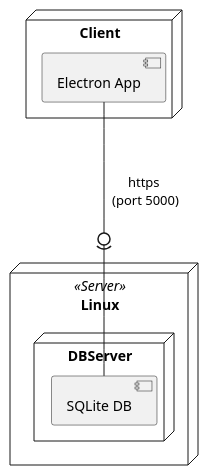
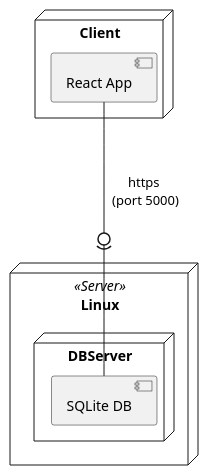
One commit to MainKarl/Rooftop changed the diagram in Docs/Analyse_Sanguine/2_Solution/Deploiement.md. Above: the diagram before and after it, drawn with PlantUML. The commit also changed 2 other files, not shown here.

Commit message:
Correction de diagramme

````diff
--- a/Docs/Analyse_Sanguine/2_Solution/Deploiement.md
+++ b/Docs/Analyse_Sanguine/2_Solution/Deploiement.md
@@ -3,18 +3,18 @@
 ```plantuml
 @startuml
 top to bottom direction
 
 node Client {
-    [Electron App]
+    [React App]
 }
 
 node Linux << Server >> {
     node DBServer{
         [SQLite DB]
     }
 }
 
-[Electron App] -0)-- [SQLite DB] : https \n(port 5000)
+[React App] -0)-- [SQLite DB] : https \n(port 5000)
 
 @enduml
 ```
````
